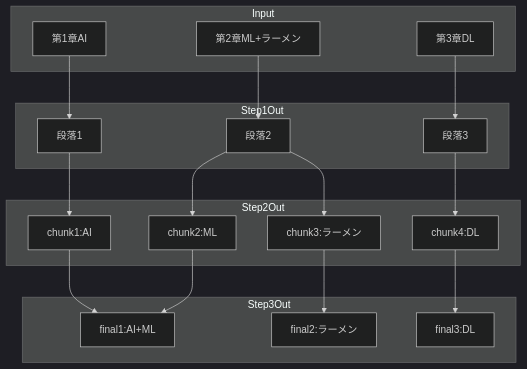
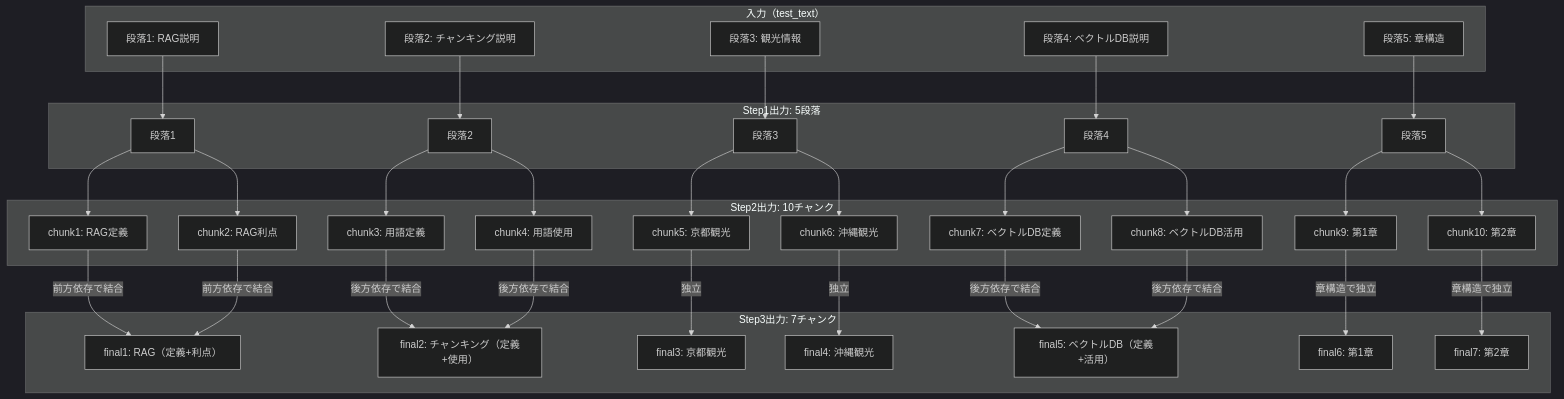
The seventh of 8 diagrams in chunking/doc/check_async.md (nakashima2toshio/gemini_grace_agent), drawn with Mermaid (dark theme) before and after one commit. The commit also changed other lines of this file and 10 other files, not shown here.

````diff
--- a/chunking/doc/check_async.md
+++ b/chunking/doc/check_async.md
@@ -546,39 +674,69 @@
 ```mermaid
 flowchart TD
-    subgraph Input
-        I1[第1章AI]
-        I2[第2章ML+ラーメン]
-        I3[第3章DL]
+    subgraph Input["入力（test_text）"]
+        I1["段落1: RAG説明"]
+        I2["段落2: チャンキング説明"]
+        I3["段落3: 観光情報"]
+        I4["段落4: ベクトルDB説明"]
+        I5["段落5: 章構造"]
     end
 
-    subgraph Step1Out
-        P1[段落1]
-        P2[段落2]
-        P3[段落3]
+    subgraph Step1Out["Step1出力: 5段落"]
+        P1["段落1"]
+        P2["段落2"]
+        P3["段落3"]
+        P4["段落4"]
+        P5["段落5"]
     end
 
-    subgraph Step2Out
-        C1[chunk1:AI]
-        C2[chunk2:ML]
-        C3[chunk3:ラーメン]
-        C4[chunk4:DL]
+    subgraph Step2Out["Step2出力: 10チャンク"]
+        C1["chunk1: RAG定義"]
+        C2["chunk2: RAG利点"]
+        C3["chunk3: 用語定義"]
+        C4["chunk4: 用語使用"]
+        C5["chunk5: 京都観光"]
+        C6["chunk6: 沖縄観光"]
+        C7["chunk7: ベクトルDB定義"]
+        C8["chunk8: ベクトルDB活用"]
+        C9["chunk9: 第1章"]
+        C10["chunk10: 第2章"]
     end
 
-    subgraph Step3Out
-        F1[final1:AI+ML]
-        F2[final2:ラーメン]
-        F3[final3:DL]
+    subgraph Step3Out["Step3出力: 7チャンク"]
+        F1["final1: RAG（定義+利点）"]
+        F2["final2: チャンキング（定義+使用）"]
+        F3["final3: 京都観光"]
+        F4["final4: 沖縄観光"]
+        F5["final5: ベクトルDB（定義+活用）"]
+        F6["final6: 第1章"]
+        F7["final7: 第2章"]
     end
 
     I1 --> P1
     I2 --> P2
     I3 --> P3
+    I4 --> P4
+    I5 --> P5
+
     P1 --> C1
-    P2 --> C2
+    P1 --> C2
     P2 --> C3
-    P3 --> C4
-    C1 --> F1
-    C2 --> F1
-    C3 --> F2
-    C4 --> F3
+    P2 --> C4
+    P3 --> C5
+    P3 --> C6
+    P4 --> C7
+    P4 --> C8
+    P5 --> C9
+    P5 --> C10
+
+    C1 -->|前方依存で結合| F1
+    C2 -->|前方依存で結合| F1
+    C3 -->|後方依存で結合| F2
+    C4 -->|後方依存で結合| F2
+    C5 -->|独立| F3
+    C6 -->|独立| F4
+    C7 -->|後方依存で結合| F5
+    C8 -->|後方依存で結合| F5
+    C9 -->|章構造で独立| F6
+    C10 -->|章構造で独立| F7
 ```
````
